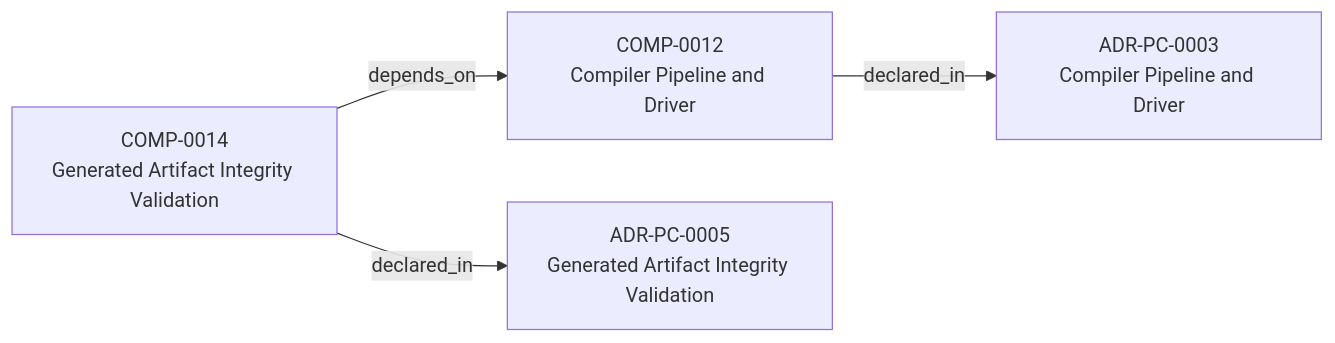
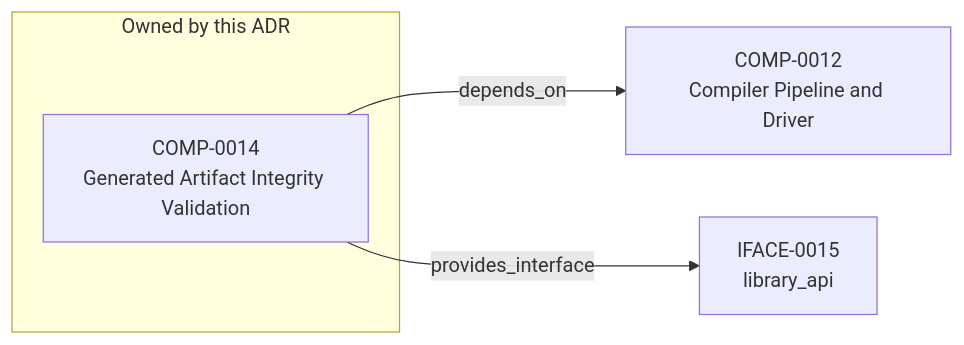
Before and after one commit to egallmann/adr-architecture-kit: the diagram in adrs/adr-projection/physical-component/ADR-PC-0005-generated-artifact-integrity-validation.md, drawn with Mermaid. The commit also changed other lines of this file and 37 other files, not shown here.

````diff
--- a/adrs/adr-projection/physical-component/ADR-PC-0005-generated-artifact-integrity-validation.md
+++ b/adrs/adr-projection/physical-component/ADR-PC-0005-generated-artifact-integrity-validation.md
@@ -58,10 +71,10 @@
 ```mermaid
 flowchart LR
+  subgraph subject["Owned by this ADR"]
+    n_019fee89_e618_781c_831f_0d5fe24f7d85["COMP-0014<br/>Generated Artifact Integrity Validation"]
+  end
   n_019fee89_e617_76ad_9336_b3615a6e4bde["COMP-0012<br/>Compiler Pipeline and Driver"]
-  n_019fee89_e618_74b2_a83e_e41c7d8c9f37["ADR-PC-0005<br/>Generated Artifact Integrity Validation"]
-  n_019fee89_e618_781c_831f_0d5fe24f7d85["COMP-0014<br/>Generated Artifact Integrity Validation"]
-  n_019fee89_e618_7b76_843f_cfe21ceb2ea6["ADR-PC-0003<br/>Compiler Pipeline and Driver"]
-  n_019fee89_e617_76ad_9336_b3615a6e4bde -->|"declared_in"| n_019fee89_e618_7b76_843f_cfe21ceb2ea6
-  n_019fee89_e618_781c_831f_0d5fe24f7d85 -->|"declared_in"| n_019fee89_e618_74b2_a83e_e41c7d8c9f37
+  n_019fee89_e618_783a_8511_196b6a627b3e["IFACE-0015<br/>library_api"]
   n_019fee89_e618_781c_831f_0d5fe24f7d85 -->|"depends_on"| n_019fee89_e617_76ad_9336_b3615a6e4bde
+  n_019fee89_e618_781c_831f_0d5fe24f7d85 -->|"provides_interface"| n_019fee89_e618_783a_8511_196b6a627b3e
 ```
````
